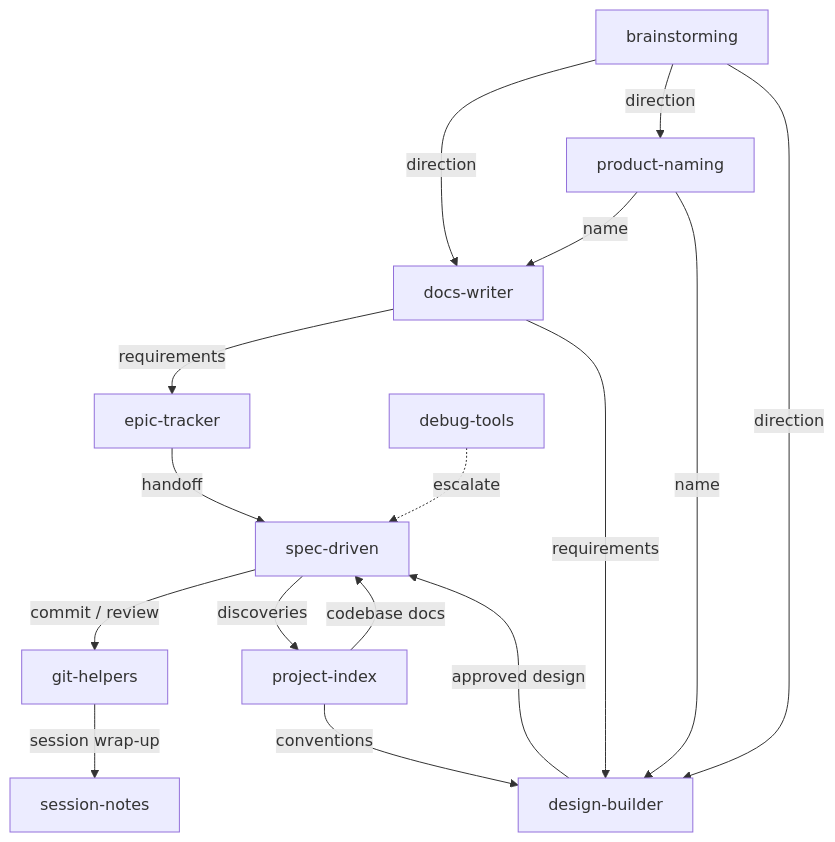
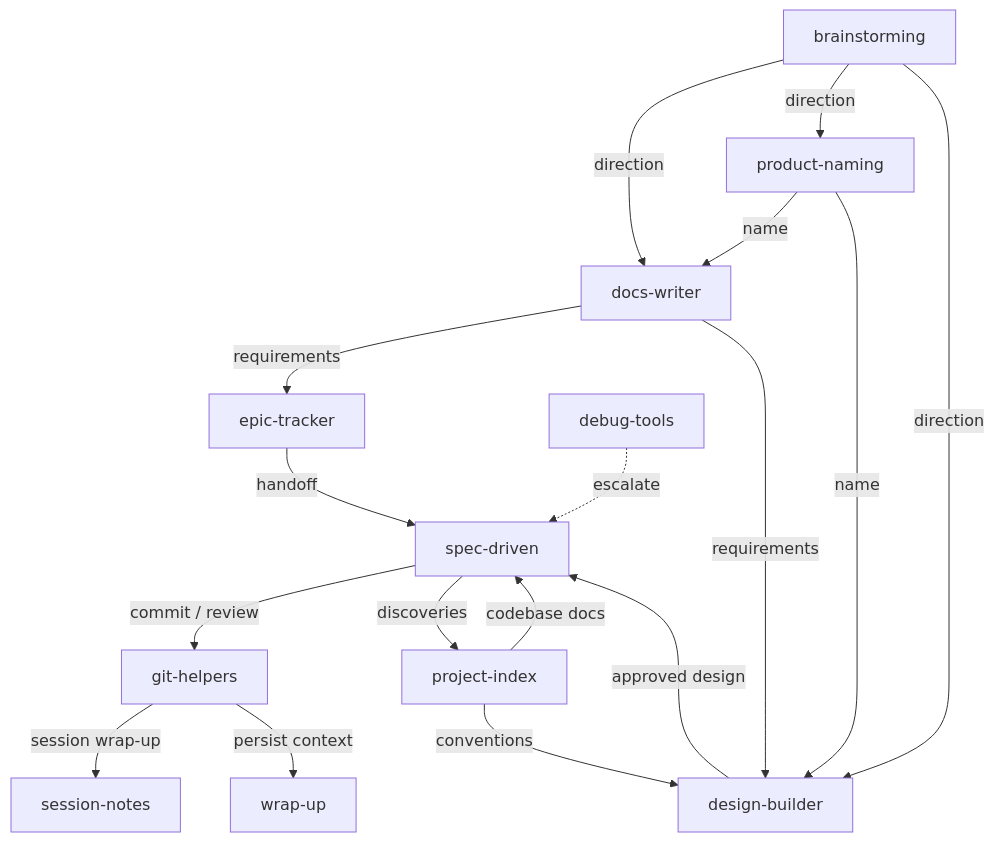
Before and after one commit to adeonir/agent-skills: the diagram in README.md, drawn with Mermaid. The commit also changed other lines of this file, not shown here.

Commit message:
docs: add wrap-up to README skills index, flow, and graph

````diff
--- a/README.md
+++ b/README.md
@@ -36,18 +37,19 @@
 ```mermaid
 flowchart TD
     BR[brainstorming] -->|direction| DW[docs-writer]
     BR -->|direction| PN[product-naming]
     BR -->|direction| DB[design-builder]
     PN -->|name| DW
     PN -->|name| DB
     DW -->|requirements| ET[epic-tracker]
     DW -->|requirements| DB[design-builder]
     ET -->|handoff| SD[spec-driven]
     PI[project-index] -->|codebase docs| SD
     PI -->|conventions| DB
     DB -->|approved design| SD
     SD -->|commit / review| GH[git-helpers]
     SD -->|discoveries| PI
     GH -->|session wrap-up| SN[session-notes]
+    GH -->|persist context| WU[wrap-up]
     DT[debug-tools] -.->|escalate| SD
 ```
````
